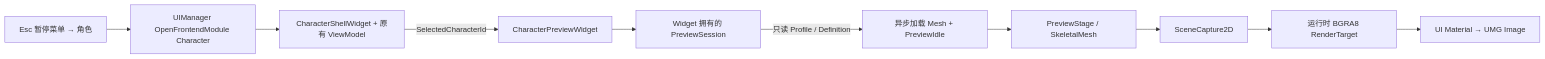
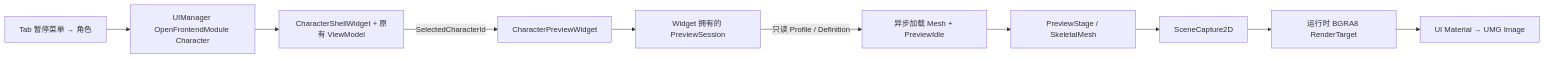
One commit to lai-sgjp/HSR changed the diagram in docs/character-preview/ARCHITECTURE.md. Above: the diagram before and after it, drawn with Mermaid. The commit also changed other lines of this file and 6 other files, not shown here.

````diff
--- a/docs/character-preview/ARCHITECTURE.md
+++ b/docs/character-preview/ARCHITECTURE.md
@@ -23,12 +23,12 @@
 ```mermaid
 flowchart LR
-  A[Esc 暂停菜单 → 角色] --> B[UIManager OpenFrontendModule Character]
+  A[Tab 暂停菜单 → 角色] --> B[UIManager OpenFrontendModule Character]
   B --> C[CharacterShellWidget + 原有 ViewModel]
   C -->|SelectedCharacterId| D[CharacterPreviewWidget]
   D --> E[Widget 拥有的 PreviewSession]
   E -->|只读 Profile / Definition| F[异步加载 Mesh + PreviewIdle]
   F --> G[PreviewStage / SkeletalMesh]
   G --> H[SceneCapture2D]
   H --> I[运行时 BGRA8 RenderTarget]
   I --> J[UI Material → UMG Image]
 ```
````
